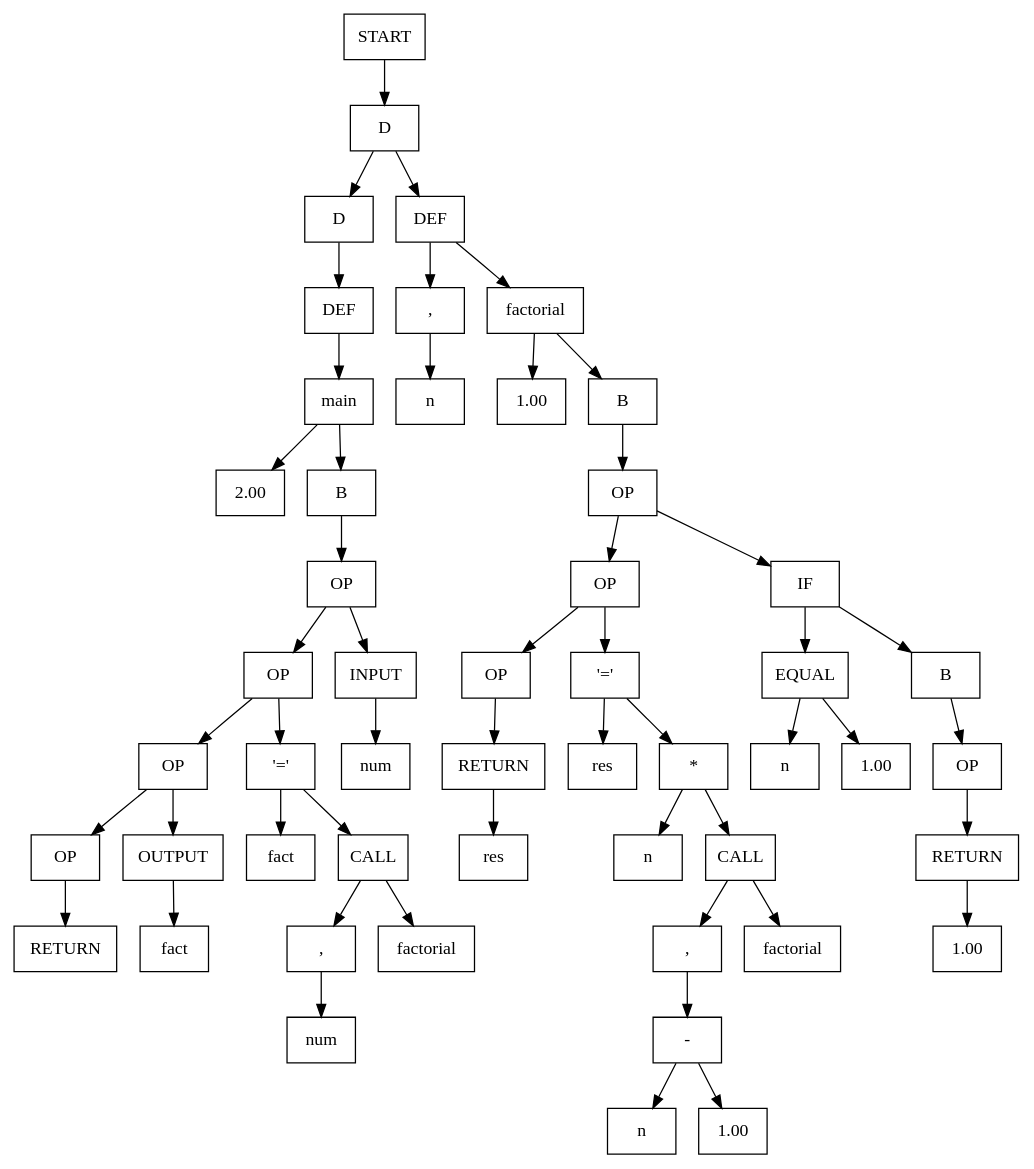
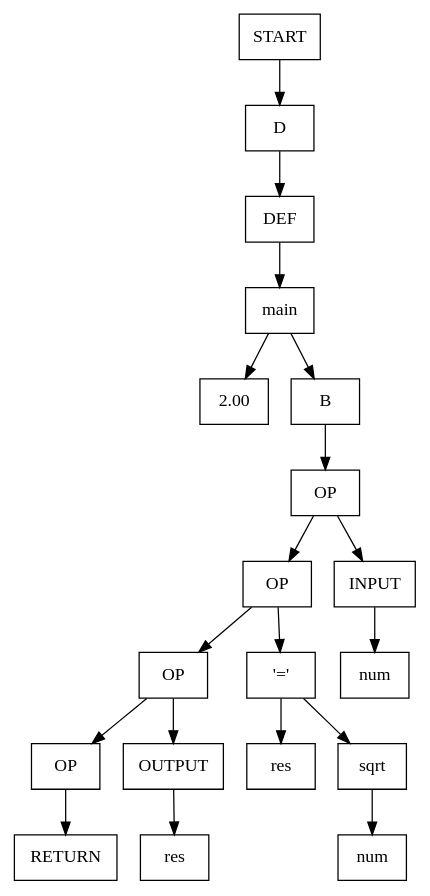
Before and after one commit to AnastasMIPT/Language: the diagram in resources/output.dot, drawn with Graphviz. The commit also changed 9 other files, not shown here.

```diff
--- a/resources/output.dot
+++ b/resources/output.dot
@@ -1,103 +1,39 @@
 digraph {
-node0x55d527af9c50 [label="START", shape=box];
-node0x55d527afb560 [label="D", shape=box];
-node0x55d527af9c50 -> node0x55d527afb560
-node0x55d527afbad0 [label="D", shape=box];
-node0x55d527af9cc0 [label="DEF", shape=box];
-node0x55d527afb560 -> node0x55d527afbad0
-node0x55d527afb560 -> node0x55d527af9cc0
-node0x55d527afb5d0 [label=",", shape=box];
-node0x55d527af9d30 [label="factorial", shape=box];
-node0x55d527af9cc0 -> node0x55d527afb5d0
-node0x55d527af9cc0 -> node0x55d527af9d30
-node0x55d527afbaa0 [label="1.00", shape=box];
-node0x55d527afb640 [label="B", shape=box];
-node0x55d527af9d30 -> node0x55d527afbaa0
-node0x55d527af9d30 -> node0x55d527afb640
-node0x55d527afb6b0 [label="OP", shape=box];
-node0x55d527afb640 -> node0x55d527afb6b0
-node0x55d527afb800 [label="OP", shape=box];
-node0x55d527af9fd0 [label="IF", shape=box];
-node0x55d527afb6b0 -> node0x55d527afb800
-node0x55d527afb6b0 -> node0x55d527af9fd0
-node0x55d527afa120 [label="EQUAL", shape=box];
-node0x55d527afb720 [label="B", shape=box];
-node0x55d527af9fd0 -> node0x55d527afa120
-node0x55d527af9fd0 -> node0x55d527afb720
-node0x55d527afb790 [label="OP", shape=box];
-node0x55d527afb720 -> node0x55d527afb790
-node0x55d527afa2a0 [label="RETURN", shape=box];
-node0x55d527afb790 -> node0x55d527afa2a0
-node0x55d527afa310 [label="1.00", shape=box];
-node0x55d527afa2a0 -> node0x55d527afa310
-node0x55d527afa0b0 [label="n", shape=box];
-node0x55d527afa190 [label="1.00", shape=box];
-node0x55d527afa120 -> node0x55d527afa0b0
-node0x55d527afa120 -> node0x55d527afa190
-node0x55d527afba30 [label="OP", shape=box];
-node0x55d527afa490 [label="'='", shape=box];
-node0x55d527afb800 -> node0x55d527afba30
-node0x55d527afb800 -> node0x55d527afa490
-node0x55d527afa420 [label="res", shape=box];
-node0x55d527afb9c0 [label="*", shape=box];
-node0x55d527afa490 -> node0x55d527afa420
-node0x55d527afa490 -> node0x55d527afb9c0
-node0x55d527afa500 [label="n", shape=box];
-node0x55d527afb870 [label="CALL", shape=box];
-node0x55d527afb9c0 -> node0x55d527afa500
-node0x55d527afb9c0 -> node0x55d527afb870
-node0x55d527afb950 [label=",", shape=box];
-node0x55d527afa5e0 [label="factorial", shape=box];
-node0x55d527afb870 -> node0x55d527afb950
-node0x55d527afb870 -> node0x55d527afa5e0
-node0x55d527afb8e0 [label="-", shape=box];
-node0x55d527afb950 -> node0x55d527afb8e0
-node0x55d527afa6c0 [label="n", shape=box];
-node0x55d527afa7a0 [label="1.00", shape=box];
-node0x55d527afb8e0 -> node0x55d527afa6c0
-node0x55d527afb8e0 -> node0x55d527afa7a0
-node0x55d527afa8b0 [label="RETURN", shape=box];
-node0x55d527afba30 -> node0x55d527afa8b0
-node0x55d527afa920 [label="res", shape=box];
-node0x55d527afa8b0 -> node0x55d527afa920
-node0x55d527af9e10 [label="n", shape=box];
-node0x55d527afb5d0 -> node0x55d527af9e10
-node0x55d527afaa70 [label="DEF", shape=box];
-node0x55d527afbad0 -> node0x55d527afaa70
-node0x55d527afaae0 [label="main", shape=box];
-node0x55d527afaa70 -> node0x55d527afaae0
-node0x55d527afbe50 [label="2.00", shape=box];
-node0x55d527afbb40 [label="B", shape=box];
-node0x55d527afaae0 -> node0x55d527afbe50
-node0x55d527afaae0 -> node0x55d527afbb40
-node0x55d527afbbb0 [label="OP", shape=box];
-node0x55d527afbb40 -> node0x55d527afbbb0
-node0x55d527afbc20 [label="OP", shape=box];
-node0x55d527afad10 [label="INPUT", shape=box];
-node0x55d527afbbb0 -> node0x55d527afbc20
-node0x55d527afbbb0 -> node0x55d527afad10
-node0x55d527afadf0 [label="num", shape=box];
-node0x55d527afad10 -> node0x55d527afadf0
-node0x55d527afbd70 [label="OP", shape=box];
-node0x55d527afaf40 [label="'='", shape=box];
-node0x55d527afbc20 -> node0x55d527afbd70
-node0x55d527afbc20 -> node0x55d527afaf40
-node0x55d527afaed0 [label="fact", shape=box];
-node0x55d527afbc90 [label="CALL", shape=box];
-node0x55d527afaf40 -> node0x55d527afaed0
-node0x55d527afaf40 -> node0x55d527afbc90
-node0x55d527afbd00 [label=",", shape=box];
-node0x55d527afafb0 [label="factorial", shape=box];
-node0x55d527afbc90 -> node0x55d527afbd00
-node0x55d527afbc90 -> node0x55d527afafb0
-node0x55d527afb090 [label="num", shape=box];
-node0x55d527afbd00 -> node0x55d527afb090
-node0x55d527afbde0 [label="OP", shape=box];
-node0x55d527afb1e0 [label="OUTPUT", shape=box];
-node0x55d527afbd70 -> node0x55d527afbde0
-node0x55d527afbd70 -> node0x55d527afb1e0
-node0x55d527afb2c0 [label="fact", shape=box];
-node0x55d527afb1e0 -> node0x55d527afb2c0
-node0x55d527afb3a0 [label="RETURN", shape=box];
-node0x55d527afbde0 -> node0x55d527afb3a0
+node0x555fdb64fc50 [label="START", shape=box];
+node0x555fdb6507b0 [label="D", shape=box];
+node0x555fdb64fc50 -> node0x555fdb6507b0
+node0x555fdb64fcc0 [label="DEF", shape=box];
+node0x555fdb6507b0 -> node0x555fdb64fcc0
+node0x555fdb64fd30 [label="main", shape=box];
+node0x555fdb64fcc0 -> node0x555fdb64fd30
+node0x555fdb650a50 [label="2.00", shape=box];
+node0x555fdb650820 [label="B", shape=box];
+node0x555fdb64fd30 -> node0x555fdb650a50
+node0x555fdb64fd30 -> node0x555fdb650820
+node0x555fdb650890 [label="OP", shape=box];
+node0x555fdb650820 -> node0x555fdb650890
+node0x555fdb650900 [label="OP", shape=box];
+node0x555fdb64ff60 [label="INPUT", shape=box];
+node0x555fdb650890 -> node0x555fdb650900
+node0x555fdb650890 -> node0x555fdb64ff60
+node0x555fdb650040 [label="num", shape=box];
+node0x555fdb64ff60 -> node0x555fdb650040
+node0x555fdb650970 [label="OP", shape=box];
+node0x555fdb650190 [label="'='", shape=box];
+node0x555fdb650900 -> node0x555fdb650970
+node0x555fdb650900 -> node0x555fdb650190
+node0x555fdb650120 [label="res", shape=box];
+node0x555fdb650200 [label="sqrt", shape=box];
+node0x555fdb650190 -> node0x555fdb650120
+node0x555fdb650190 -> node0x555fdb650200
+node0x555fdb6502e0 [label="num", shape=box];
+node0x555fdb650200 -> node0x555fdb6502e0
+node0x555fdb6509e0 [label="OP", shape=box];
+node0x555fdb650430 [label="OUTPUT", shape=box];
+node0x555fdb650970 -> node0x555fdb6509e0
+node0x555fdb650970 -> node0x555fdb650430
+node0x555fdb650510 [label="res", shape=box];
+node0x555fdb650430 -> node0x555fdb650510
+node0x555fdb6505f0 [label="RETURN", shape=box];
+node0x555fdb6509e0 -> node0x555fdb6505f0
 }
```
